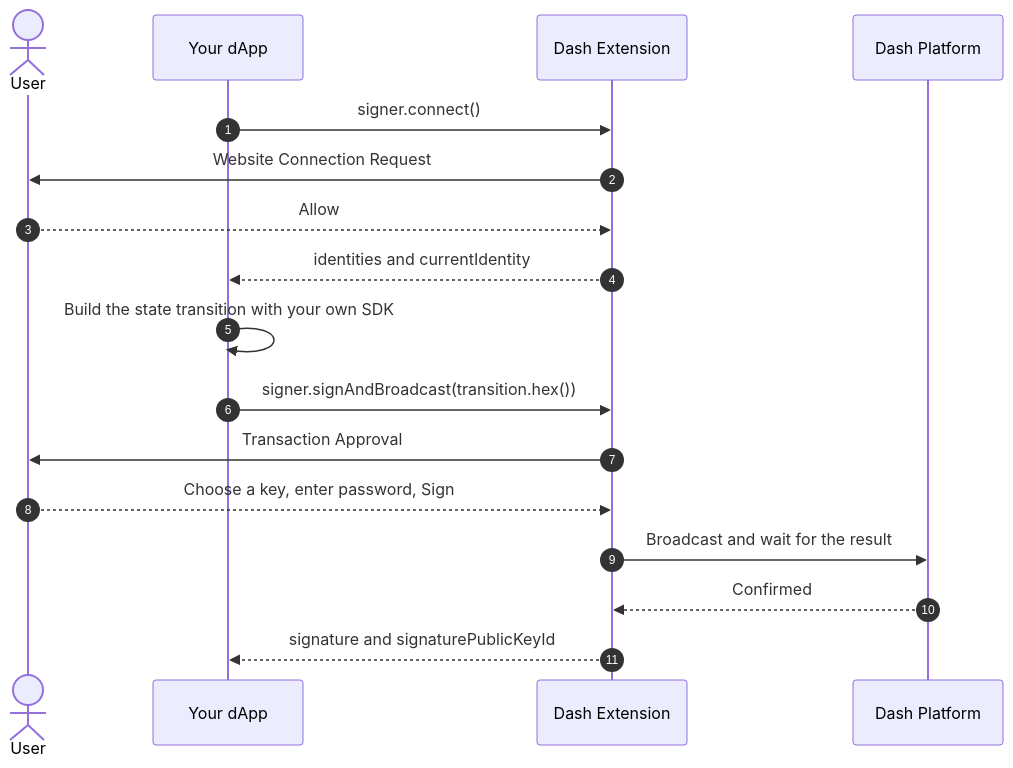
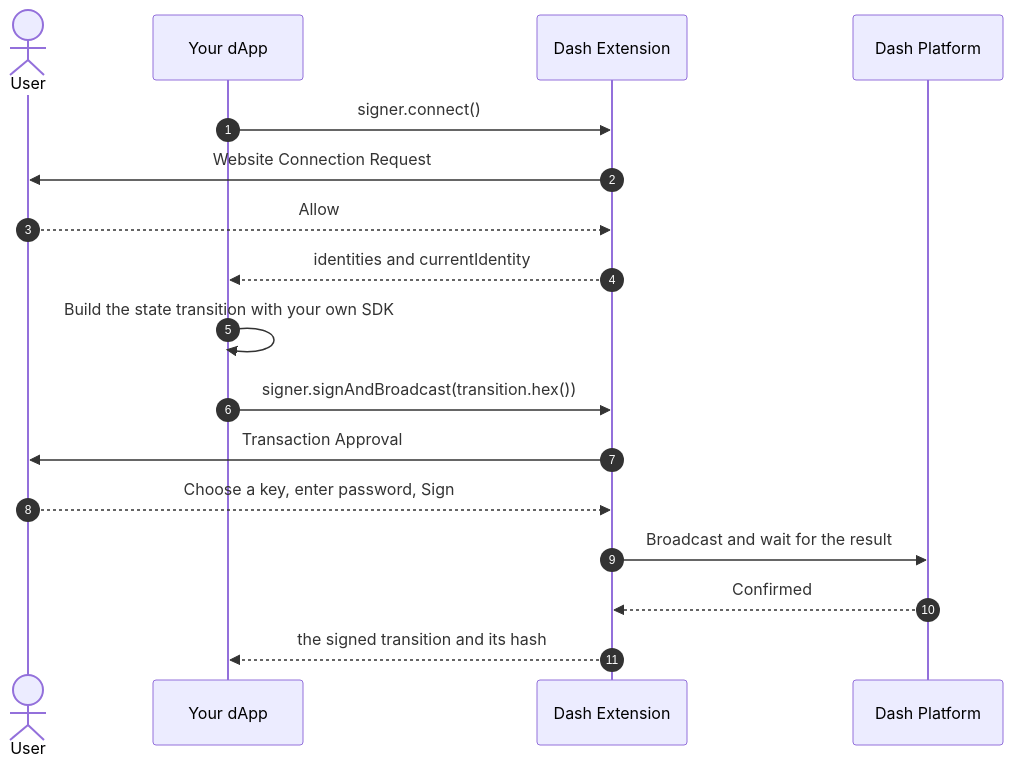
The diagram in docs/INTEGRATION.md (pshenmic/dash-platform-extension), drawn with Mermaid before and after one commit. The commit also changed other lines of this file and 12 other files, not shown here.

Commit message:
feat: report the signed transition

````diff
--- a/docs/INTEGRATION.md
+++ b/docs/INTEGRATION.md
@@ -18,20 +18,20 @@
 ```mermaid
 sequenceDiagram
     autonumber
     actor User
     participant App as Your dApp
     participant Ext as Dash Extension
     participant Net as Dash Platform
 
     App->>Ext: signer.connect()
     Ext->>User: Website Connection Request
     User-->>Ext: Allow
     Ext-->>App: identities and currentIdentity
     App->>App: Build the state transition with your own SDK
     App->>Ext: signer.signAndBroadcast(transition.hex())
     Ext->>User: Transaction Approval
     User-->>Ext: Choose a key, enter password, Sign
     Ext->>Net: Broadcast and wait for the result
     Net-->>Ext: Confirmed
-    Ext-->>App: signature and signaturePublicKeyId
+    Ext-->>App: the signed transition and its hash
 ```
````
